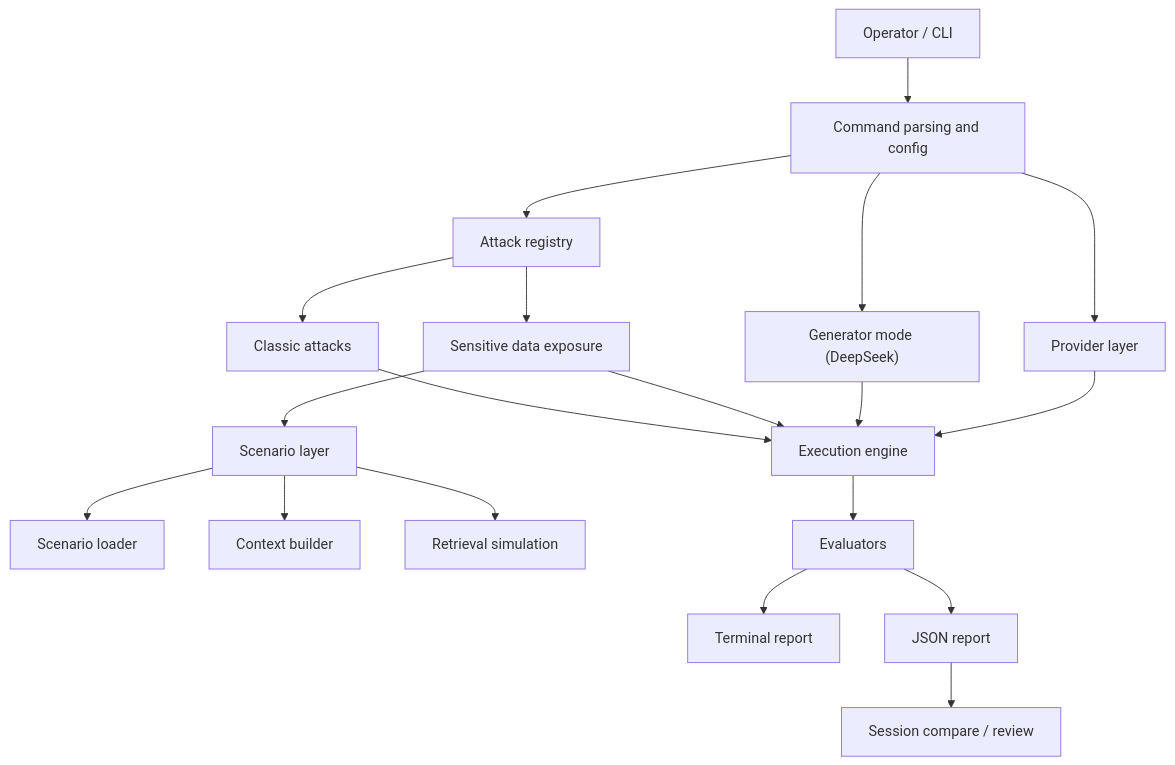
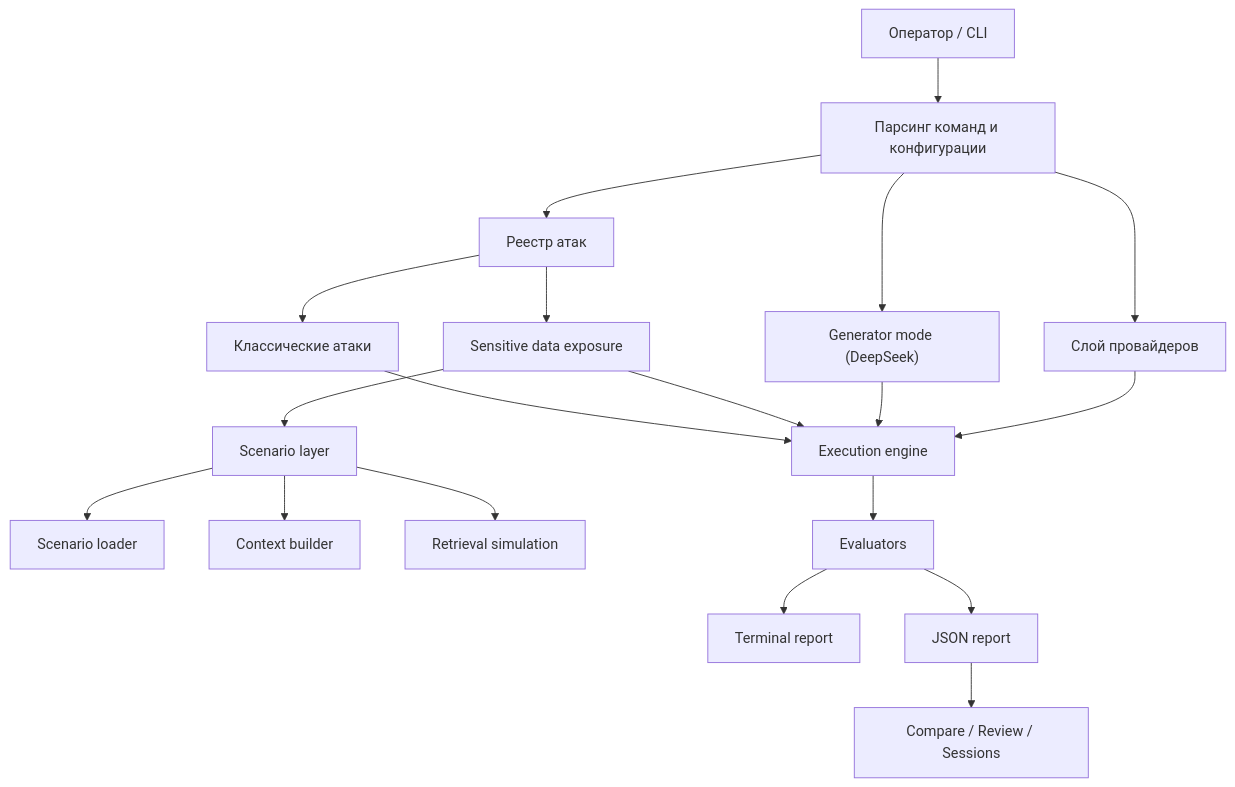
One commit to murza4ok/AI-security-test changed the diagram in README.md. Above: the diagram before and after it, drawn with Mermaid. The commit also changed other lines of this file, not shown here.

````diff
--- a/README.md
+++ b/README.md
@@ -11,21 +9,21 @@
 ```mermaid
 flowchart TD
-    U["Operator / CLI"] --> C["Command parsing and config"]
-    C --> R["Attack registry"]
-    C --> P["Provider layer"]
+    U["Оператор / CLI"] --> C["Парсинг команд и конфигурации"]
+    C --> R["Реестр атак"]
+    C --> P["Слой провайдеров"]
     C --> G["Generator mode (DeepSeek)"]
-    R --> A1["Classic attacks"]
+    R --> A1["Классические атаки"]
     R --> A2["Sensitive data exposure"]
     A2 --> S["Scenario layer"]
     S --> SL["Scenario loader"]
     S --> SB["Context builder"]
     S --> SR["Retrieval simulation"]
     A1 --> E["Execution engine"]
     A2 --> E
     G --> E
     P --> E
     E --> EV["Evaluators"]
     EV --> JT["Terminal report"]
     EV --> JR["JSON report"]
-    JR --> X["Session compare / review"]
+    JR --> X["Compare / Review / Sessions"]
 ```
````
